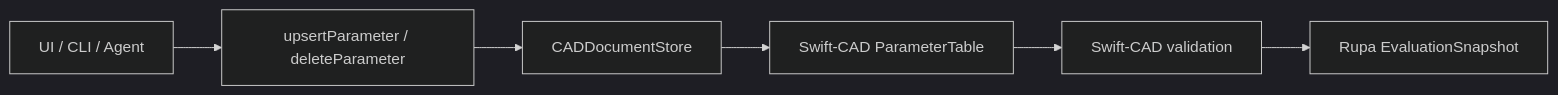
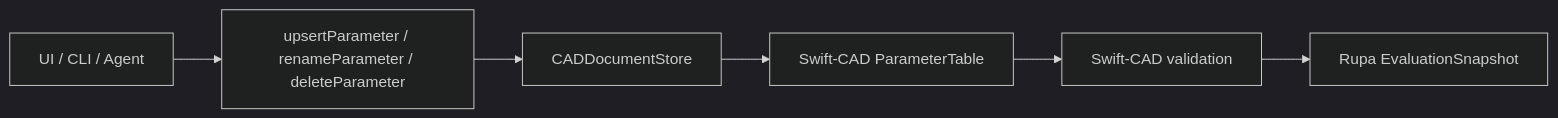
One commit to 1amageek/Rupa changed the sixth of 26 diagrams in Rupa/SPEC.md. Above: the diagram before and after it, drawn with Mermaid (dark theme). The commit also changed other lines of this file and 18 other files, not shown here.

Commit message:
Add command-backed parameter renaming

````diff
--- a/Rupa/SPEC.md
+++ b/Rupa/SPEC.md
@@ -371,8 +372,8 @@
 ```mermaid
 flowchart LR
-    Surface["UI / CLI / Agent"] --> Command["upsertParameter / deleteParameter"]
+    Surface["UI / CLI / Agent"] --> Command["upsertParameter / renameParameter / deleteParameter"]
     Command --> Store["CADDocumentStore"]
     Store --> Table["Swift-CAD ParameterTable"]
     Table --> Validation["Swift-CAD validation"]
     Validation --> Snapshot["Rupa EvaluationSnapshot"]
 ```
````
